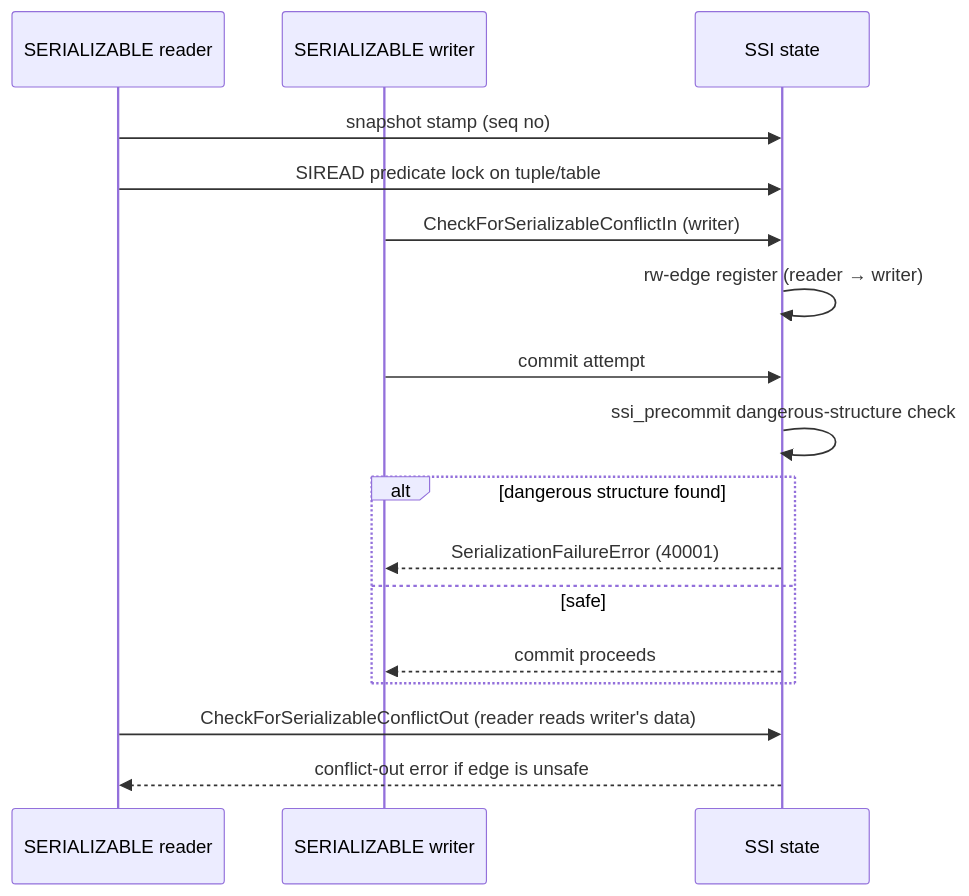
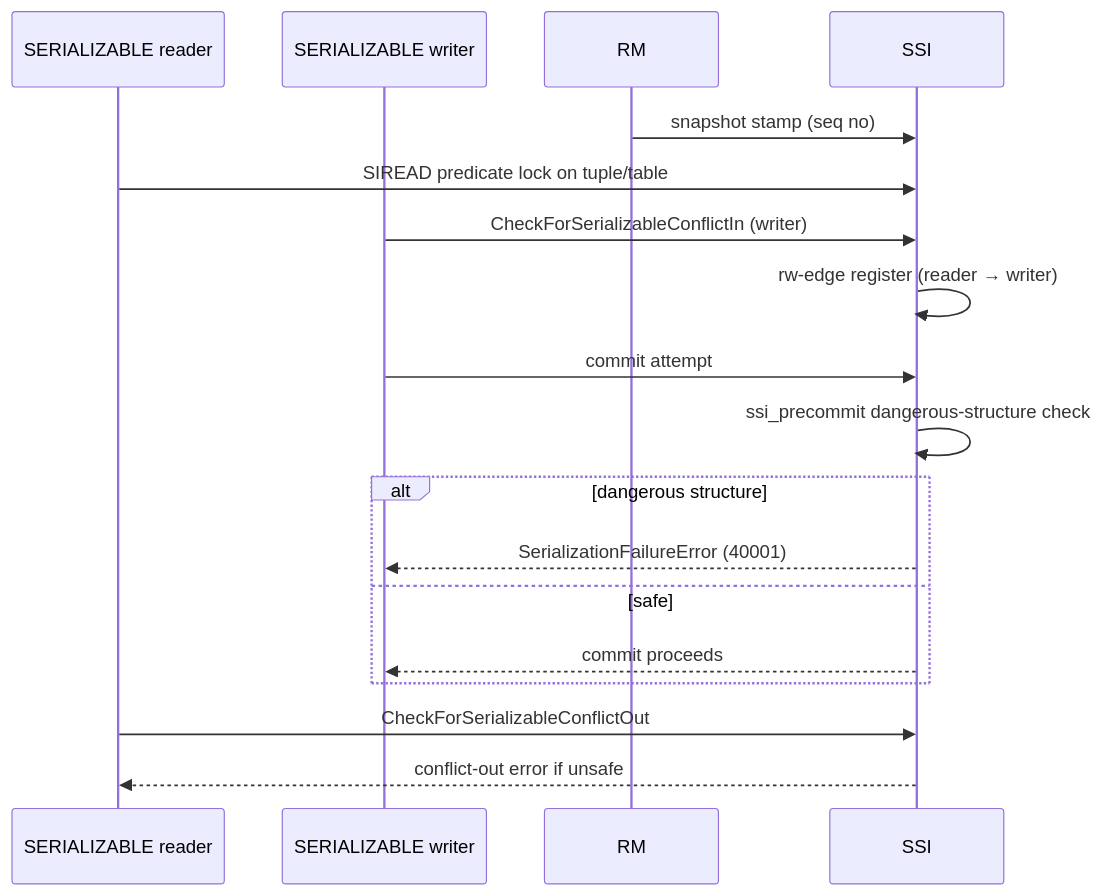
Before and after one commit to ryogrid/goopg: the fourth of 5 diagrams in docs/wiki/modules/transam.md, drawn with Mermaid. The commit also changed other lines of this file and 20 other files, not shown here.

Commit message:
docs(wiki): second expansion pass — all 21 module docs ~2x again (total 14.8k lines, 138 mermaid blocks) — M-NIGHTLY

````diff
--- a/docs/wiki/modules/transam.md
+++ b/docs/wiki/modules/transam.md
@@ -204,19 +400,18 @@
 ```mermaid
 sequenceDiagram
     participant R as SERIALIZABLE reader
     participant W as SERIALIZABLE writer
-    participant S as SSI state
-    R->>S: snapshot stamp (seq no)
-    R->>S: SIREAD predicate lock on tuple/table
-    W->>S: CheckForSerializableConflictIn (writer)
-    S->>S: rw-edge register (reader → writer)
-    W->>S: commit attempt
-    S->>S: ssi_precommit dangerous-structure check
-    alt dangerous structure found
-        S-->>W: SerializationFailureError (40001)
+    RM->>SSI: snapshot stamp (seq no)
+    R->>SSI: SIREAD predicate lock on tuple/table
+    W->>SSI: CheckForSerializableConflictIn (writer)
+    SSI->>SSI: rw-edge register (reader → writer)
+    W->>SSI: commit attempt
+    SSI->>SSI: ssi_precommit dangerous-structure check
+    alt dangerous structure
+        SSI-->>W: SerializationFailureError (40001)
     else safe
-        S-->>W: commit proceeds
+        SSI-->>W: commit proceeds
     end
-    R->>S: CheckForSerializableConflictOut (reader reads writer's data)
-    S-->>R: conflict-out error if edge is unsafe
+    R->>SSI: CheckForSerializableConflictOut
+    SSI-->>R: conflict-out error if unsafe
 ```
````
